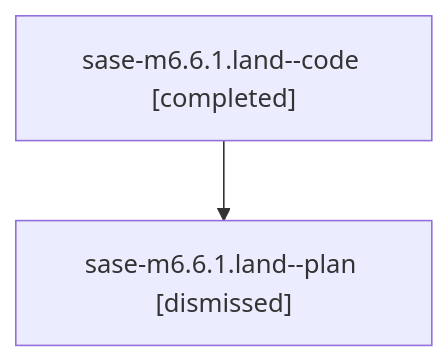
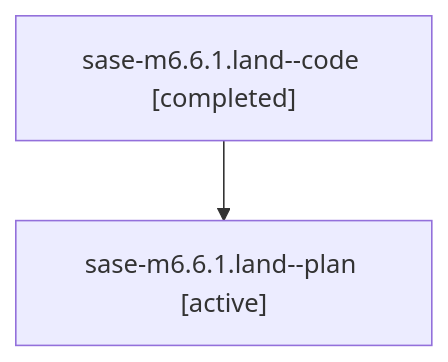
One commit to sase-org/sase--agents changed the diagram in families/bbugyi200.athena.sase-m6.6.1.land.md. Above: the diagram before and after it, drawn with Mermaid. The commit also changed other lines of this file and 35830 other files, not shown here.

````diff
--- a/families/bbugyi200.athena.sase-m6.6.1.land.md
+++ b/families/bbugyi200.athena.sase-m6.6.1.land.md
@@ -9,6 +9,6 @@
 ```mermaid
 flowchart TD
   n0["sase-m6.6.1.land--code [completed]"]
-  n1["sase-m6.6.1.land--plan [dismissed]"]
+  n1["sase-m6.6.1.land--plan [active]"]
   n0 --> n1
 ```
````
